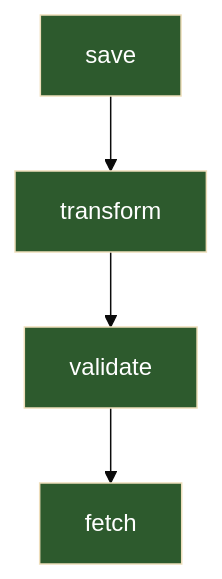
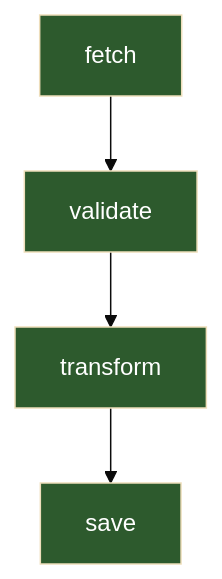
The first of 2 diagrams in README.md (LarsArtmann/go-workflow-auditlog), drawn with Mermaid (base theme) before and after one commit. The commit also changed other lines of this file and 15 other files, not shown here.

First line of the commit message:
feat: migrate diagram exports to go-output v0.17.0 with complete API surface

````diff
--- a/README.md
+++ b/README.md
@@ -335,16 +347,16 @@
 ```mermaid
 flowchart TD
     fetch[fetch]
     validate[validate]
     transform[transform]
     save[save]
-    validate --> fetch
-    transform --> validate
-    save --> transform
+    fetch --> validate
+    validate --> transform
+    transform --> save
 
     %% Styling
     style fetch fill:#2d5a2d,color:#fff
     style validate fill:#2d5a2d,color:#fff
     style transform fill:#2d5a2d,color:#fff
     style save fill:#2d5a2d,color:#fff
 ```
````
